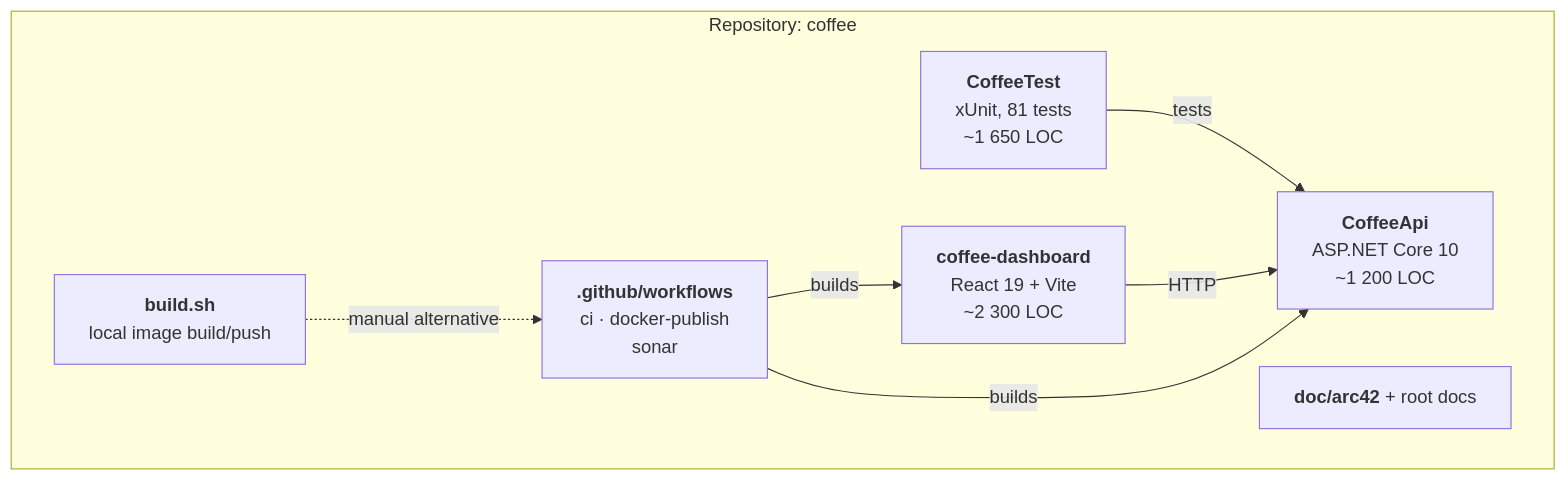
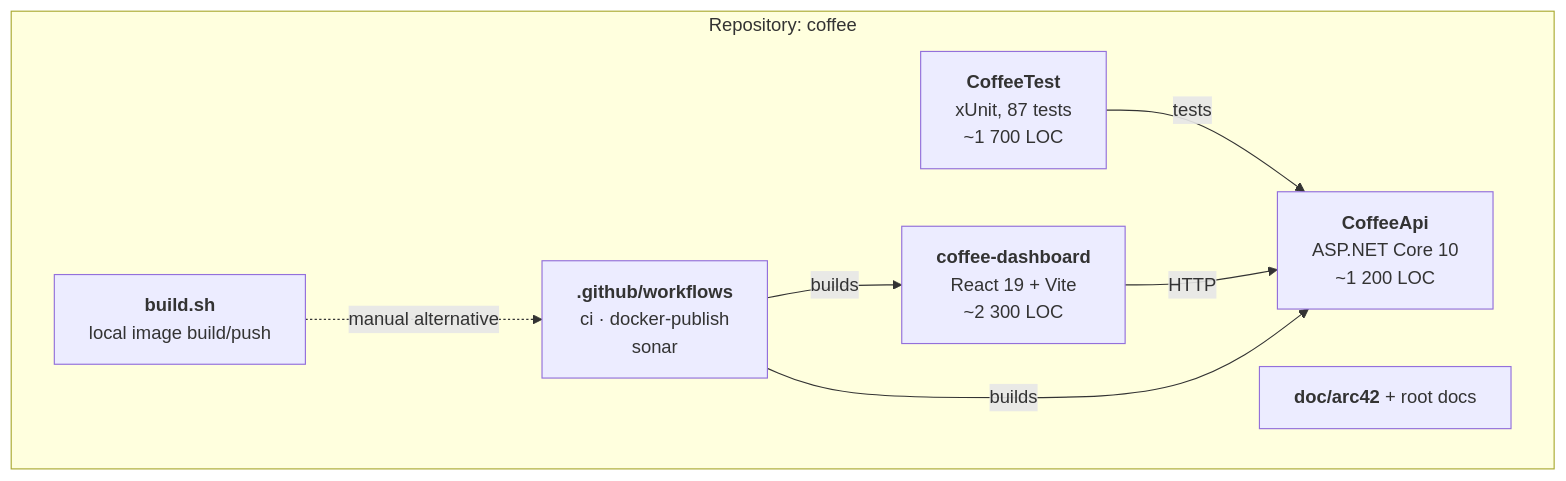
One commit to Gereon93/coffee changed the first of 4 diagrams in doc/arc42/05-building-blocks.md. Above: the diagram before and after it, drawn with Mermaid. The commit also changed 68 other files, not shown here.

````diff
--- a/doc/arc42/05-building-blocks.md
+++ b/doc/arc42/05-building-blocks.md
@@ -5,17 +5,17 @@
 ```mermaid
 graph TB
     subgraph repo["Repository: coffee"]
         API["<b>CoffeeApi</b><br/>ASP.NET Core 10<br/>~1 200 LOC"]
-        TEST["<b>CoffeeTest</b><br/>xUnit, 81 tests<br/>~1 650 LOC"]
+        TEST["<b>CoffeeTest</b><br/>xUnit, 87 tests<br/>~1 700 LOC"]
         DASH["<b>coffee-dashboard</b><br/>React 19 + Vite<br/>~2 300 LOC"]
         CI["<b>.github/workflows</b><br/>ci · docker-publish<br/>sonar"]
         BUILD["<b>build.sh</b><br/>local image build/push"]
         DOC["<b>doc/arc42</b> + root docs"]
     end
 
     TEST -->|tests| API
     DASH -->|HTTP| API
     CI -->|builds| API
     CI -->|builds| DASH
     BUILD -.->|manual alternative| CI
 ```
````
